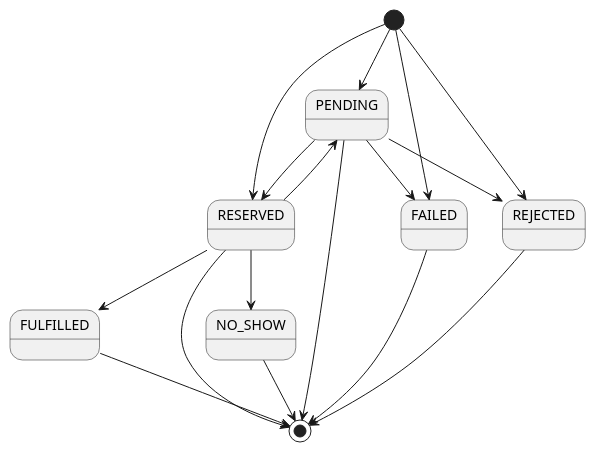
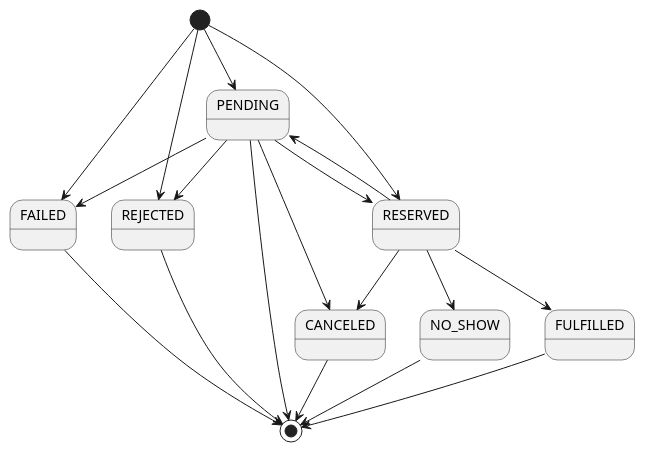
The diagram in plantuml/booking_a_booking-location_lyfesycle.plantuml (ocpi/ocpi), drawn with PlantUML before and after one commit. The commit also changed 10 other files, not shown here.

Commit message:
Adding more examples for objects and flows, further updated the objects and endpoints

```diff
--- a/plantuml/booking_a_booking-location_lyfesycle.plantuml
+++ b/plantuml/booking_a_booking-location_lyfesycle.plantuml
@@ -1,22 +1,24 @@
 @startuml
 
 [*] --> PENDING
 [*] --> RESERVED
 [*] --> FAILED
 [*] --> REJECTED
 
 RESERVED --> NO_SHOW
 RESERVED --> FULFILLED
 RESERVED --> PENDING
+RESERVED --> CANCELED
 
 PENDING --> RESERVED
 PENDING --> FAILED
 PENDING --> REJECTED
+PENDING --> CANCELED
 
 PENDING --> [*]
 NO_SHOW --> [*]
 FULFILLED --> [*]
-RESERVED -->  [*]
 FAILED -->  [*]
 REJECTED -->  [*]
+CANCELED -->  [*]
 @enduml
```
